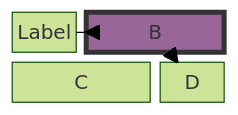
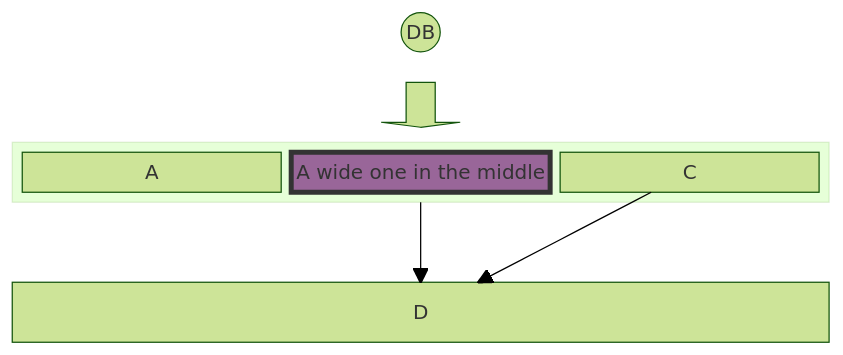
Before and after one commit to tangledgroup/tangled-skills: the fifth of 25 diagrams in .agents/skills/mermaid-11-14-0/references/06-other-diagrams.md, drawn with Mermaid (forest theme). The commit also changed other lines of this file and 15 other files, not shown here.

First line of the commit message:
chore: regenerate mermaid skill and create rsync 3.4.1 skill with full documentation

````diff
--- a/.agents/skills/mermaid-11-14-0/references/06-other-diagrams.md
+++ b/.agents/skills/mermaid-11-14-0/references/06-other-diagrams.md
@@ -72,8 +96,16 @@
 ```mermaid
 block
-    columns 3
-    A["Label"] B:2 C:2 D
-    A --> B
-    B --> D
+    columns 1
+    db(("DB"))
+    blockArrowId6<["&nbsp;&nbsp;&nbsp;"]>(down)
+    block:ID
+        A
+        B["A wide one in the middle"]
+        C
+    end
+    space
+    D
+    ID --> D
+    C --> D
     style B fill:#969,stroke:#333,stroke-width:4px
 ```
````
